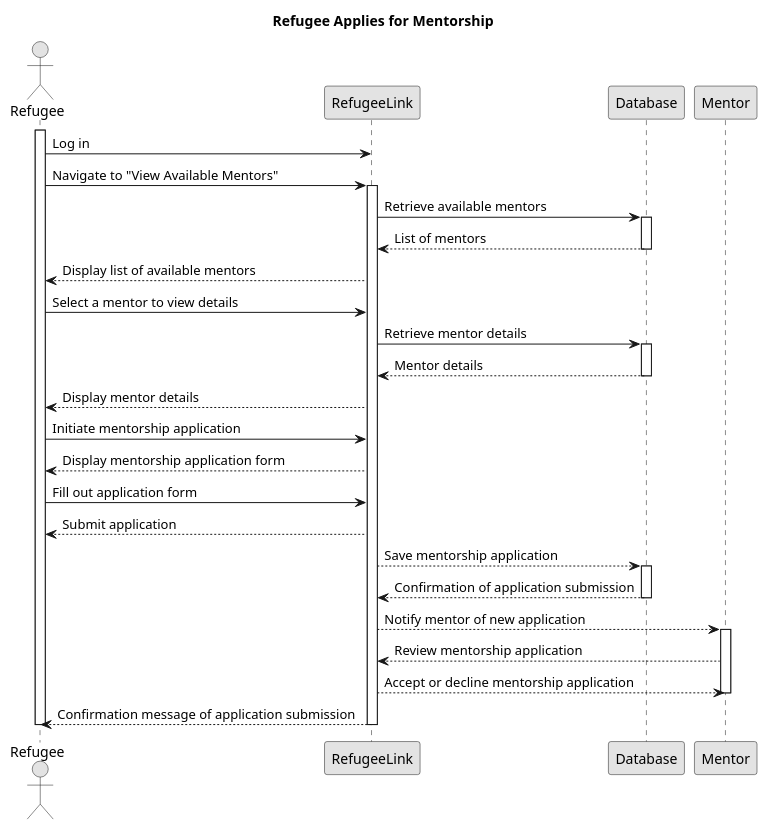
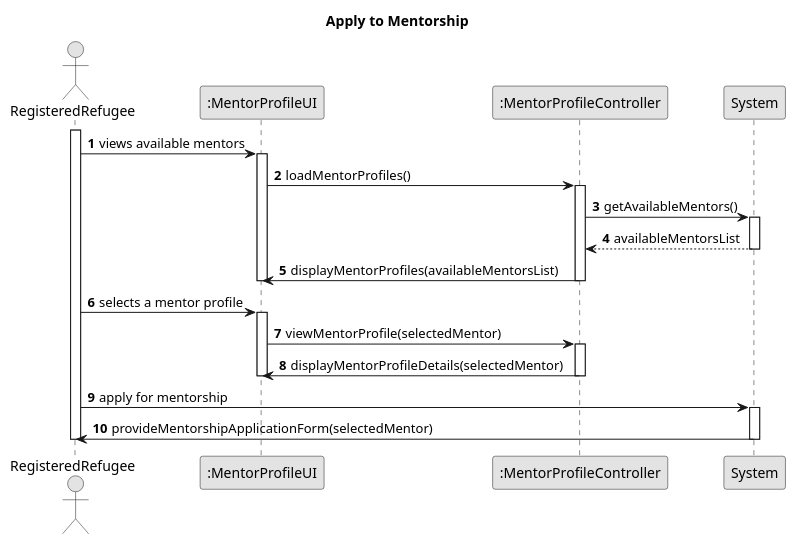
The diagram in Doc/use-Cases/uc023/sequenceDiagram/sequenceDiagram023.puml (kanzodotjava/RefugeeLINK), drawn with PlantUML before and after one commit. The commit also changed 25 other files, not shown here.

Commit message:
updates diagrams and a refugee controller

```diff
--- a/Doc/use-Cases/uc023/sequenceDiagram/sequenceDiagram023.puml
+++ b/Doc/use-Cases/uc023/sequenceDiagram/sequenceDiagram023.puml
@@ -1,57 +1,44 @@
 @startuml
 skinparam monochrome true
 skinparam packageStyle rectangle
 skinparam shadowing false
 
-title Refugee Applies for Mentorship
+title Apply to Mentorship
 
-actor Refugee
-participant "RefugeeLink" as RL
-participant "Database" as DB
-participant "Mentor"
+autonumber
 
-activate Refugee
+actor RegisteredRefugee
+participant ":MentorProfileUI" as ui_profile
+participant ":MentorProfileController" as ctrl_profile
+participant "System" as system
 
-Refugee -> RL : Log in
-Refugee -> RL : Navigate to "View Available Mentors"
-activate RL
+activate RegisteredRefugee
 
-RL -> DB : Retrieve available mentors
-activate DB
-DB --> RL : List of mentors
-deactivate DB
+    RegisteredRefugee -> ui_profile : views available mentors
+    activate ui_profile
+        ui_profile -> ctrl_profile : loadMentorProfiles()
+        activate ctrl_profile
+            ctrl_profile -> system : getAvailableMentors()
+            activate system
+                system --> ctrl_profile : availableMentorsList
+            deactivate system
+            ctrl_profile -> ui_profile : displayMentorProfiles(availableMentorsList)
+        deactivate ctrl_profile
+    deactivate ui_profile
 
-RL --> Refugee : Display list of available mentors
+    RegisteredRefugee -> ui_profile : selects a mentor profile
+    activate ui_profile
+        ui_profile -> ctrl_profile : viewMentorProfile(selectedMentor)
+        activate ctrl_profile
+            ctrl_profile -> ui_profile : displayMentorProfileDetails(selectedMentor)
+        deactivate ctrl_profile
+    deactivate ui_profile
 
-Refugee -> RL : Select a mentor to view details
+    RegisteredRefugee -> system : apply for mentorship
+    activate system
+        system -> RegisteredRefugee : provideMentorshipApplicationForm(selectedMentor)
+    deactivate system
 
-RL -> DB : Retrieve mentor details
-activate DB
-DB --> RL : Mentor details
-deactivate DB
-
-RL --> Refugee : Display mentor details
-
-Refugee -> RL : Initiate mentorship application
-RL --> Refugee : Display mentorship application form
-
-Refugee -> RL : Fill out application form
-RL --> Refugee : Submit application
-
-RL --> DB : Save mentorship application
-activate DB
-DB --> RL : Confirmation of application submission
-deactivate DB
-
-RL --> Mentor : Notify mentor of new application
-activate Mentor
-Mentor --> RL : Review mentorship application
-RL --> Mentor : Accept or decline mentorship application
-deactivate Mentor
-
-RL --> Refugee : Confirmation message of application submission
-
-deactivate RL
-deactivate Refugee
+deactivate RegisteredRefugee
 
 @enduml
```
